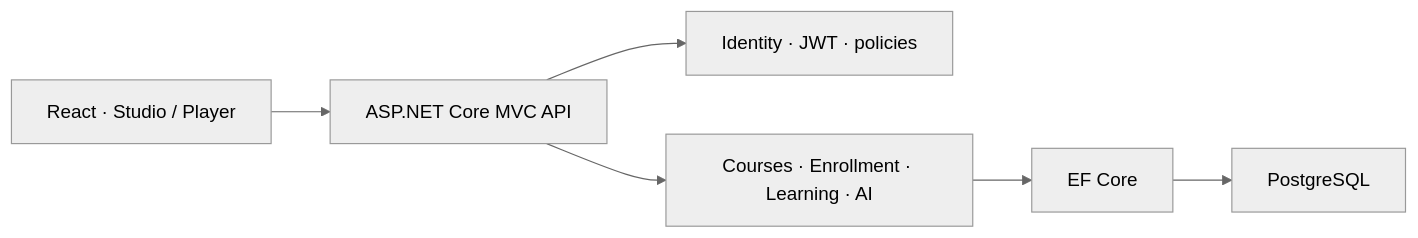
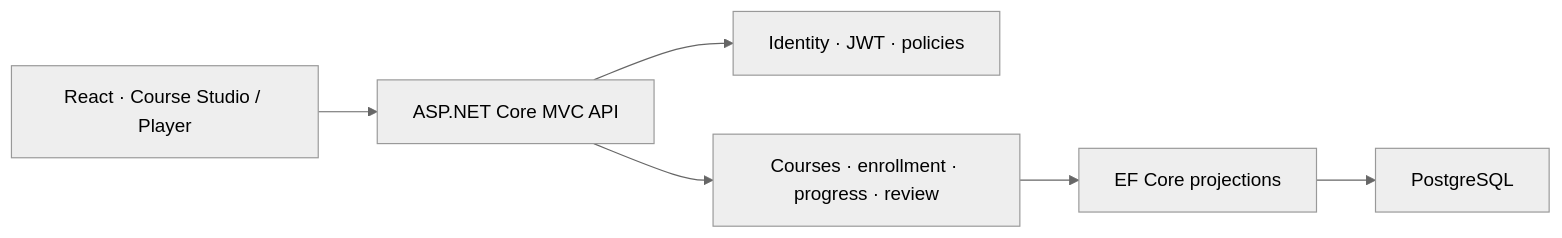
One commit to Johan-Alvarez-Dev/diwylearn-case-study changed the diagram in README.md. Above: the diagram before and after it, drawn with Mermaid (neutral theme). The commit also changed other lines of this file and 11 other files, not shown here.

Commit message:
Ship runnable ASP.NET Core sample

````diff
--- a/README.md
+++ b/README.md
@@ -33,8 +74,8 @@
 ```mermaid
 flowchart LR
-  UI["React · Studio / Player"] --> API["ASP.NET Core MVC API"]
+  UI["React · Course Studio / Player"] --> API["ASP.NET Core MVC API"]
   API --> Auth["Identity · JWT · policies"]
-  API --> Features["Courses · Enrollment · Learning · AI"]
-  Features --> EF["EF Core"]
+  API --> Features["Courses · enrollment · progress · review"]
+  Features --> EF["EF Core projections"]
   EF --> DB["PostgreSQL"]
 ```
````
